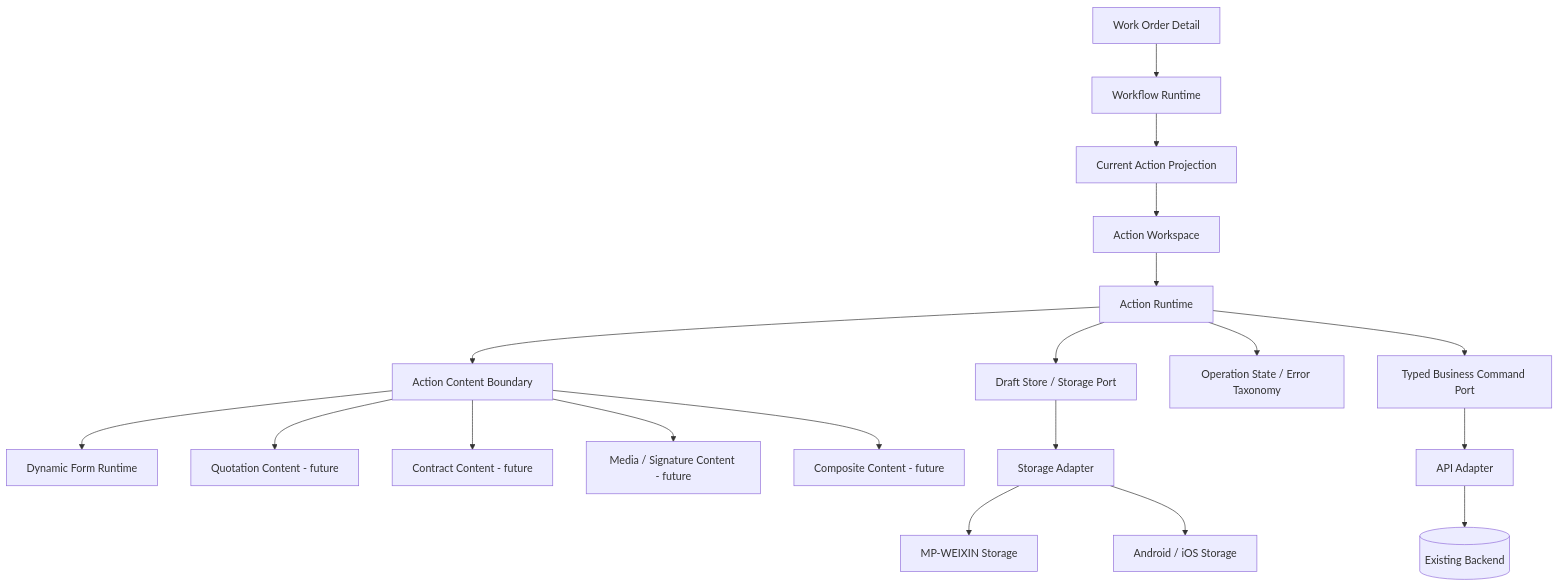
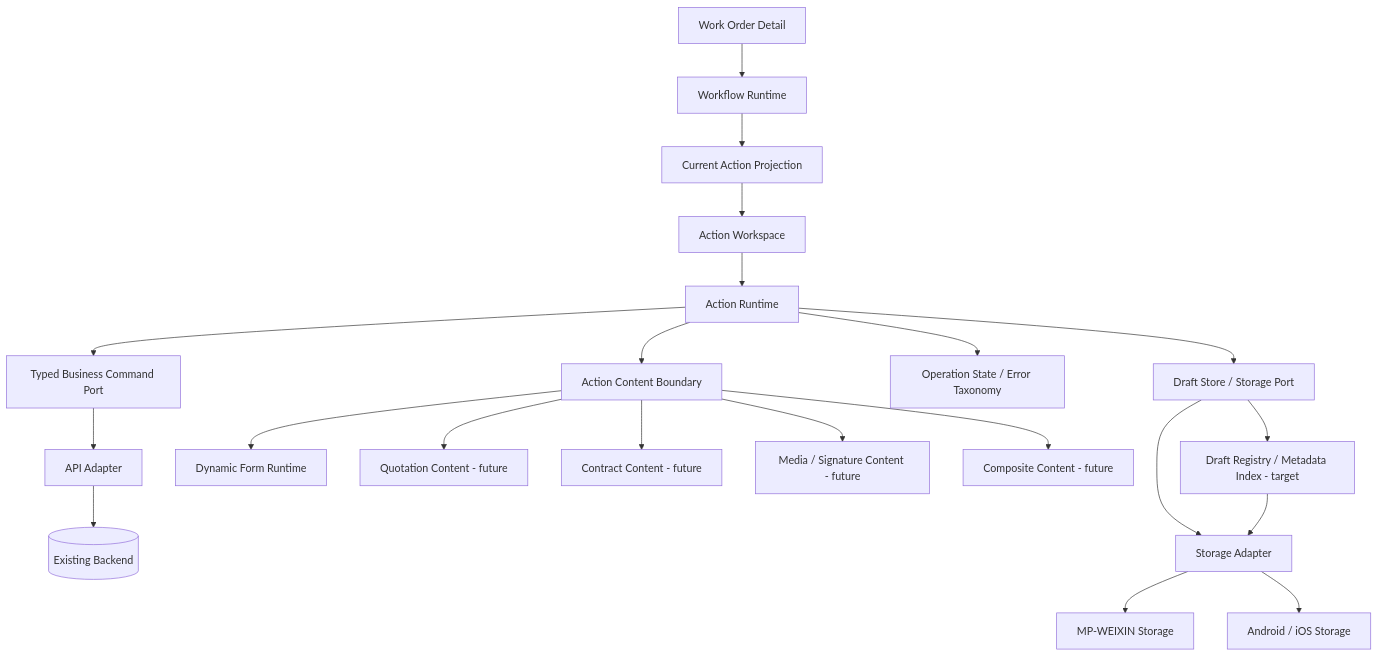
One commit to xlink-bj/xlink-technician-app changed the diagram in docs/architecture/ACTION_WORKSPACE_ARCHITECTURE.md. Above: the diagram before and after it, drawn with Mermaid. The commit also changed other lines of this file, not shown here.

Commit message:
docs: make multi-draft recovery an action invariant

````diff
--- a/docs/architecture/ACTION_WORKSPACE_ARCHITECTURE.md
+++ b/docs/architecture/ACTION_WORKSPACE_ARCHITECTURE.md
@@ -91,25 +99,28 @@
 ```mermaid
 flowchart TD
     DETAIL[Work Order Detail] --> WF[Workflow Runtime]
     WF --> PROJ[Current Action Projection]
     PROJ --> WS[Action Workspace]
 
     WS --> AR[Action Runtime]
     AR --> CONTENT[Action Content Boundary]
     AR --> DRAFT[Draft Store / Storage Port]
     AR --> OP[Operation State / Error Taxonomy]
+
+    DRAFT --> REGISTRY[Draft Registry / Metadata Index - target]
 
     CONTENT --> FORM[Dynamic Form Runtime]
     CONTENT --> QUOTE[Quotation Content - future]
     CONTENT --> CONTRACT[Contract Content - future]
     CONTENT --> MEDIA[Media / Signature Content - future]
     CONTENT --> COMPOSITE[Composite Content - future]
 
     AR --> CMD[Typed Business Command Port]
     CMD --> API[API Adapter]
     API --> BACKEND[(Existing Backend)]
 
     DRAFT --> STORAGE[Storage Adapter]
+    REGISTRY --> STORAGE
     STORAGE --> MP[MP-WEIXIN Storage]
     STORAGE --> APP[Android / iOS Storage]
 ```
````
